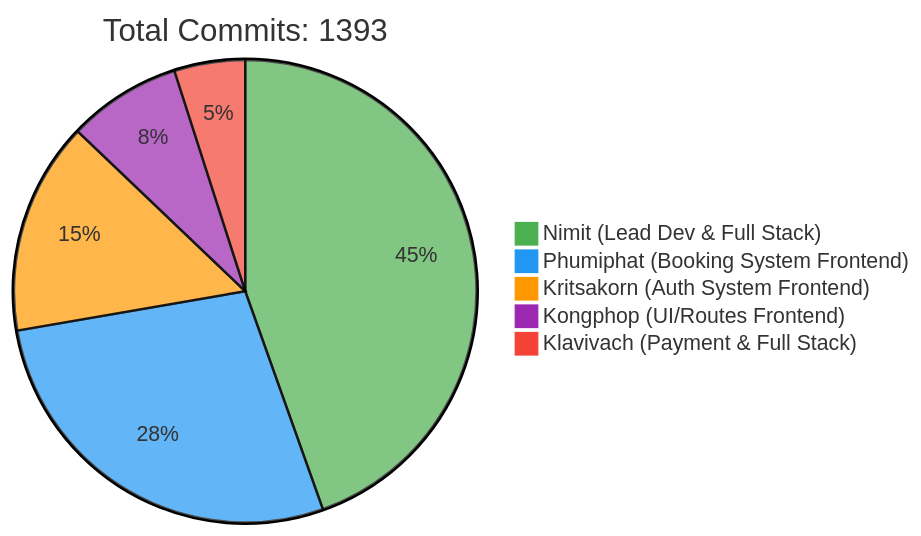
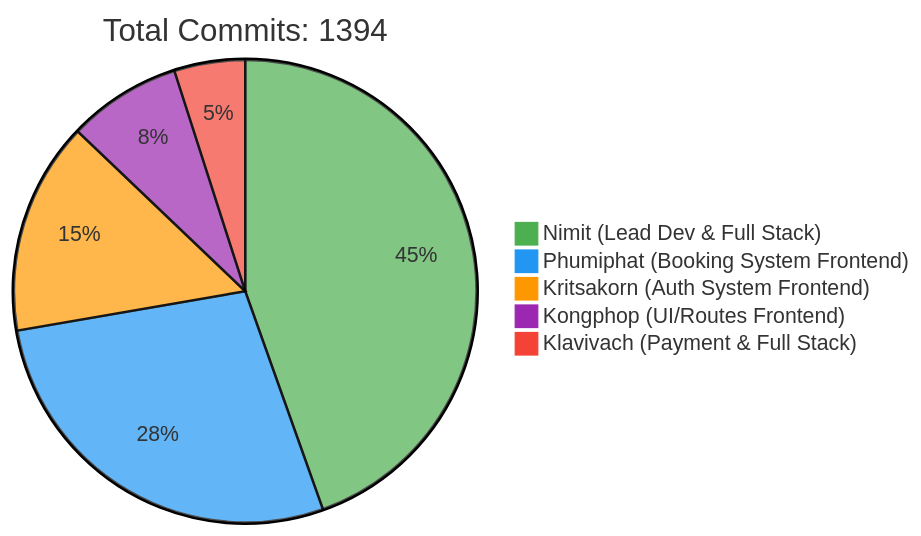
The first of 2 diagrams in README.md (6531503042/Sport-Complex), drawn with Mermaid before and after one commit. The commit also changed other lines of this file, not shown here.

Commit message:
docs: Update contributor statistics [skip ci]

````diff
--- a/README.md
+++ b/README.md
@@ -257,10 +257,10 @@
 ```mermaid
 %%{init: {'theme': 'base', 'themeVariables': { 'pie1': '#4CAF50', 'pie2': '#2196F3', 'pie3': '#FF9800', 'pie4': '#9C27B0', 'pie5': '#F44336'}}}%%
 pie
-    title Total Commits: 1393
+    title Total Commits: 1394
     "Nimit (Lead Dev & Full Stack)" : 450
     "Phumiphat (Booking System Frontend)" : 280
     "Kritsakorn (Auth System Frontend)" : 150
     "Kongphop (UI/Routes Frontend)" : 80
     "Klavivach (Payment & Full Stack)" : 50
 ```
````
